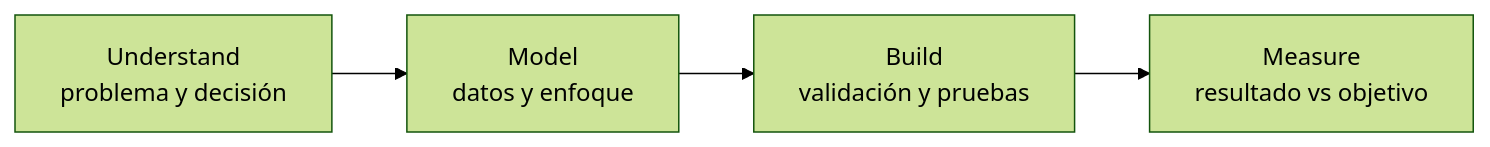
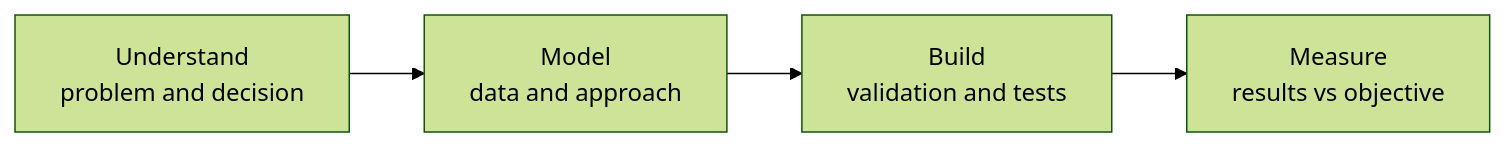
The diagram in README.md (juandelaf1/juandelaf1), drawn with Mermaid (forest theme) before and after one commit. The commit also changed other lines of this file and 1 other file, not shown here.

````diff
--- a/README.md
+++ b/README.md
@@ -103,6 +105,6 @@
 ```mermaid
 flowchart LR
-  A[Understand<br/>problema y decisión] --> B[Model<br/>datos y enfoque]
-  B --> C[Build<br/>validación y pruebas]
-  C --> D[Measure<br/>resultado vs objetivo]
+  A[Understand<br/>problem and decision] --> B[Model<br/>data and approach]
+  B --> C[Build<br/>validation and tests]
+  C --> D[Measure<br/>results vs objective]
 ```
````
